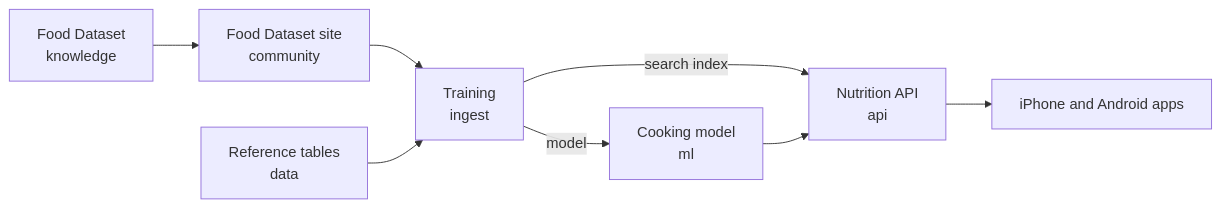
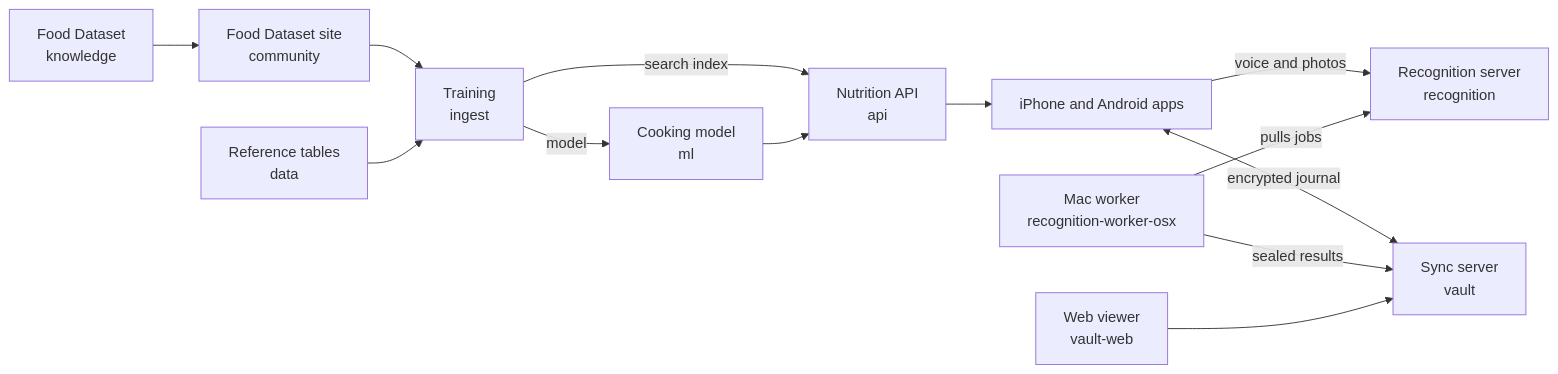
Before and after one commit to pocket-nutrition/pocket-nutrition: the diagram in README.md, drawn with Mermaid. The commit also changed other lines of this file, not shown here.

Commit message:
docs: list the recognition and vault repositories

````diff
--- a/README.md
+++ b/README.md
@@ -44,10 +45,15 @@
 ```mermaid
 flowchart LR
   knowledge["Food Dataset<br>knowledge"] --> community["Food Dataset site<br>community"]
   community --> ingest["Training<br>ingest"]
   data["Reference tables<br>data"] --> ingest
   ingest -->|model| ml["Cooking model<br>ml"]
   ingest -->|search index| api["Nutrition API<br>api"]
   ml --> api
   api --> apps["iPhone and Android apps"]
+  apps -->|voice and photos| recognition["Recognition server<br>recognition"]
+  worker["Mac worker<br>recognition-worker-osx"] -->|pulls jobs| recognition
+  apps <-->|encrypted journal| vault["Sync server<br>vault"]
+  worker -->|sealed results| vault
+  vaultweb["Web viewer<br>vault-web"] --> vault
 ```
````
